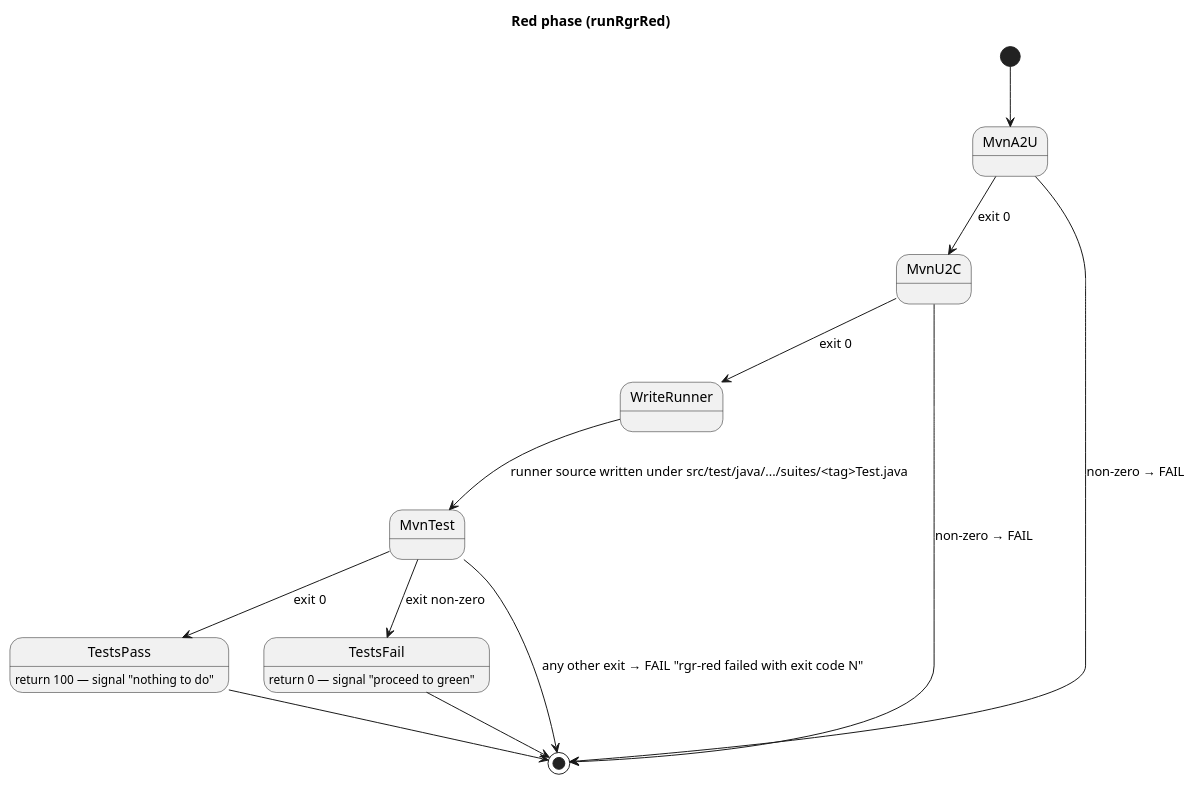
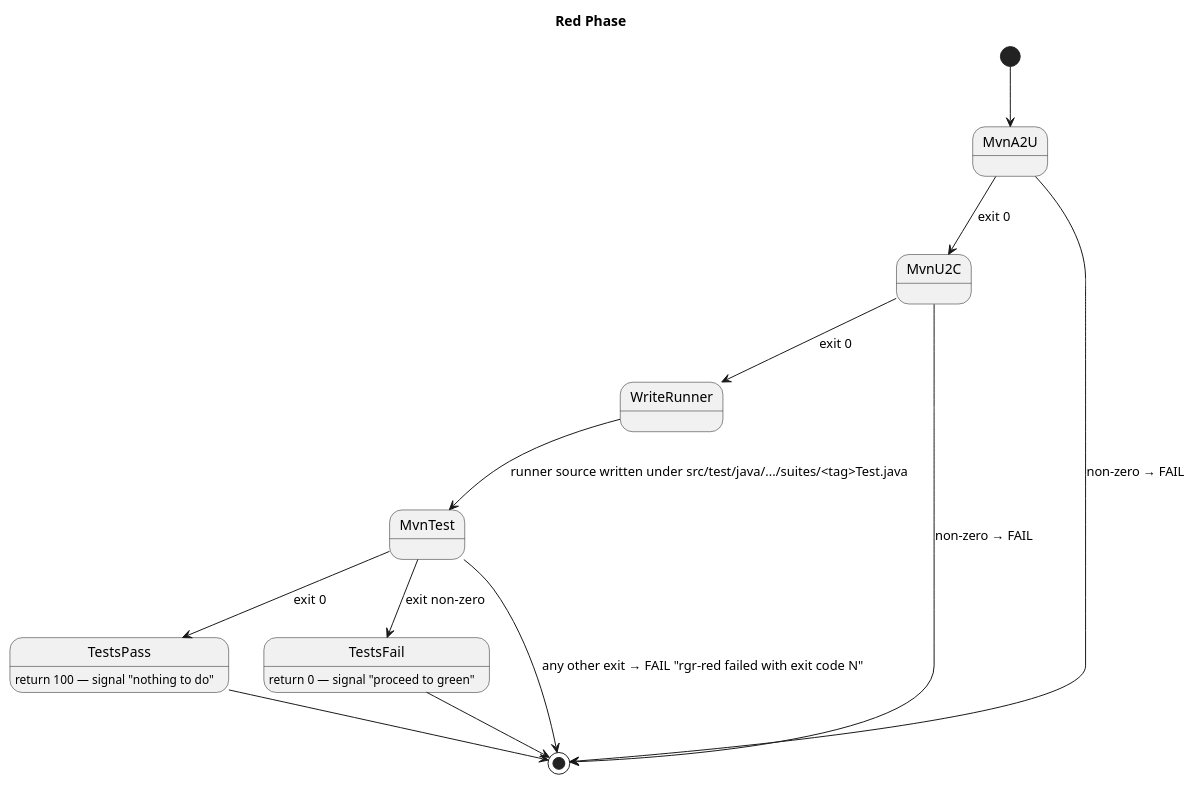
Before and after one commit to farhan5248/sheep-dog-qa: the sixth of 11 diagrams in sheep-dog-features/src/test/resources/asciidoc/specs/Darmok/model.md, drawn with PlantUML. The commit also changed other lines of this file and 17 other files, not shown here.

````diff
--- a/sheep-dog-features/src/test/resources/asciidoc/specs/Darmok/model.md
+++ b/sheep-dog-features/src/test/resources/asciidoc/specs/Darmok/model.md
@@ -170,23 +194,23 @@
 ```plantuml
 @startuml
-title Red phase (runRgrRed)
+title Red Phase
 
 [*] --> MvnA2U
-MvnA2U --> MvnU2C : exit 0
-MvnU2C --> WriteRunner : exit 0
+MvnA2U --> MvnU2C       : exit 0
+MvnU2C --> WriteRunner  : exit 0
 WriteRunner --> MvnTest : runner source written under src/test/java/.../suites/<tag>Test.java
-MvnTest --> TestsPass : exit 0
-MvnTest --> TestsFail : exit non-zero
+MvnTest --> TestsPass   : exit 0
+MvnTest --> TestsFail   : exit non-zero
 
 TestsPass : return 100 — signal "nothing to do"
 TestsFail : return 0 — signal "proceed to green"
 
 TestsPass --> [*]
 TestsFail --> [*]
 
 MvnA2U      --> [*] : non-zero → FAIL
 MvnU2C      --> [*] : non-zero → FAIL
 MvnTest     --> [*] : any other exit → FAIL "rgr-red failed with exit code N"
 
 @enduml
 ```
````
